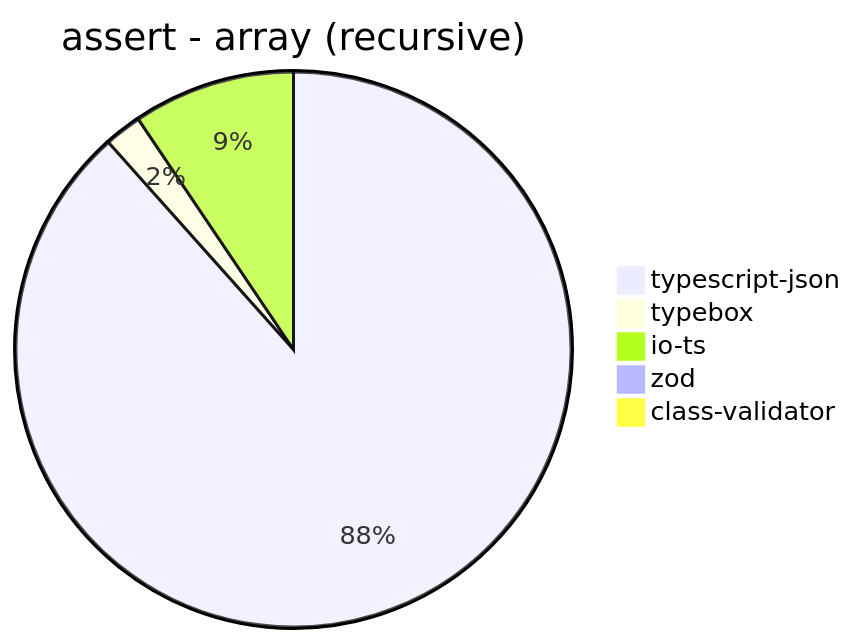
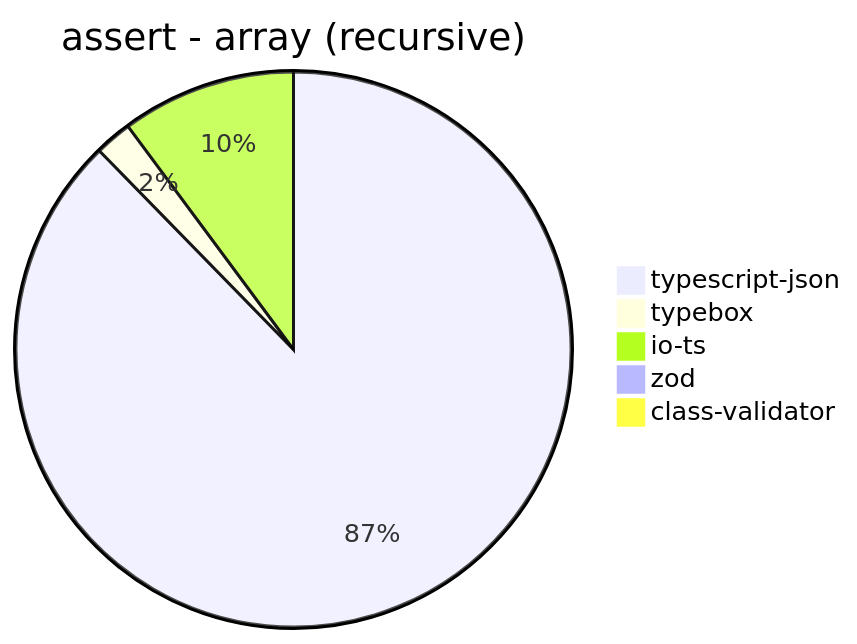
Diagram 13 of 39 in benchmark/results/AMD Ryzen 9 5900HX with Radeon Graphics.md (samchon/typia), drawn with Mermaid before and after one commit. The commit also changed other lines of this file and 3 other files, not shown here.

````diff
--- a/benchmark/results/AMD Ryzen 9 5900HX with Radeon Graphics.md
+++ b/benchmark/results/AMD Ryzen 9 5900HX with Radeon Graphics.md
@@ -166,8 +166,8 @@
 ```mermaid
 pie title assert - array (recursive)
-  "typescript-json": 1707.052108267354
-  "typebox": 41.85103244837758
-  "io-ts": 182.28217280349983
-  "zod": 9.69968289498228
-  "class-validator": 3.986332574031891
+  "typescript-json": 1639.210716871832
+  "typebox": 40.3505568742012
+  "io-ts": 189.85480610181952
+  "zod": 9.71058644325971
+  "class-validator": 3.9555471840271235
 ```
````
